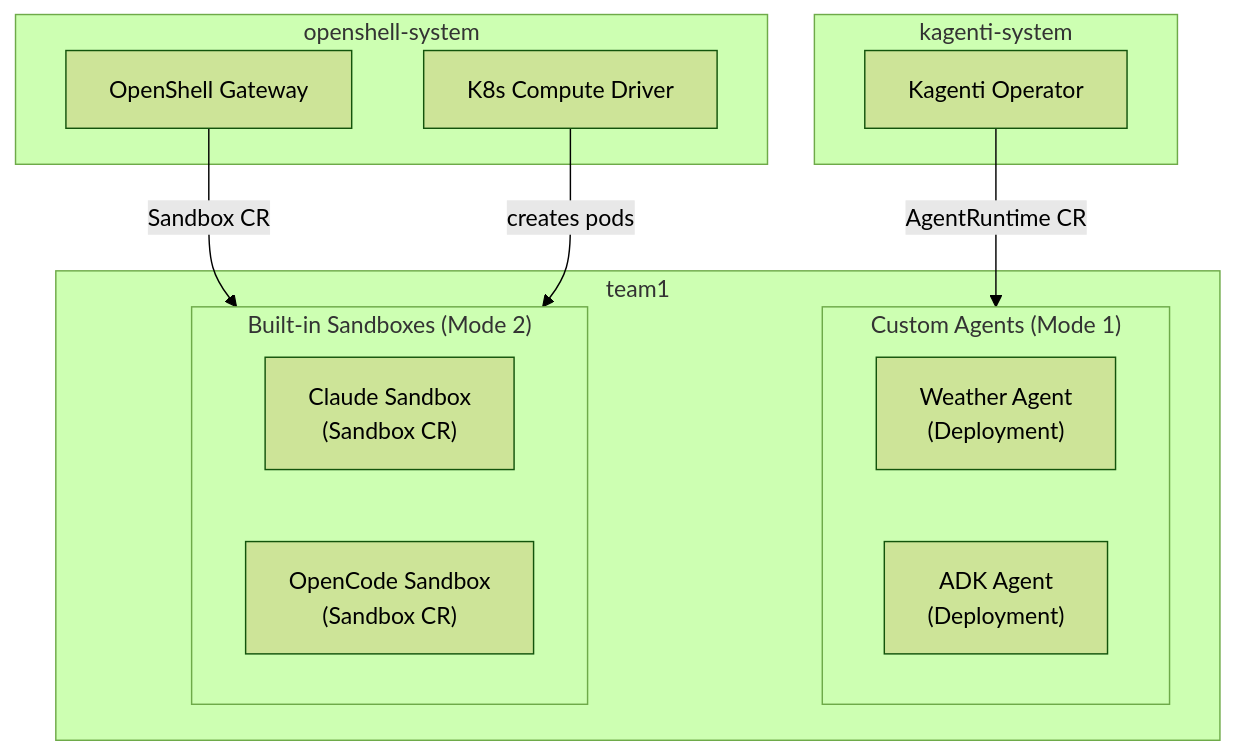
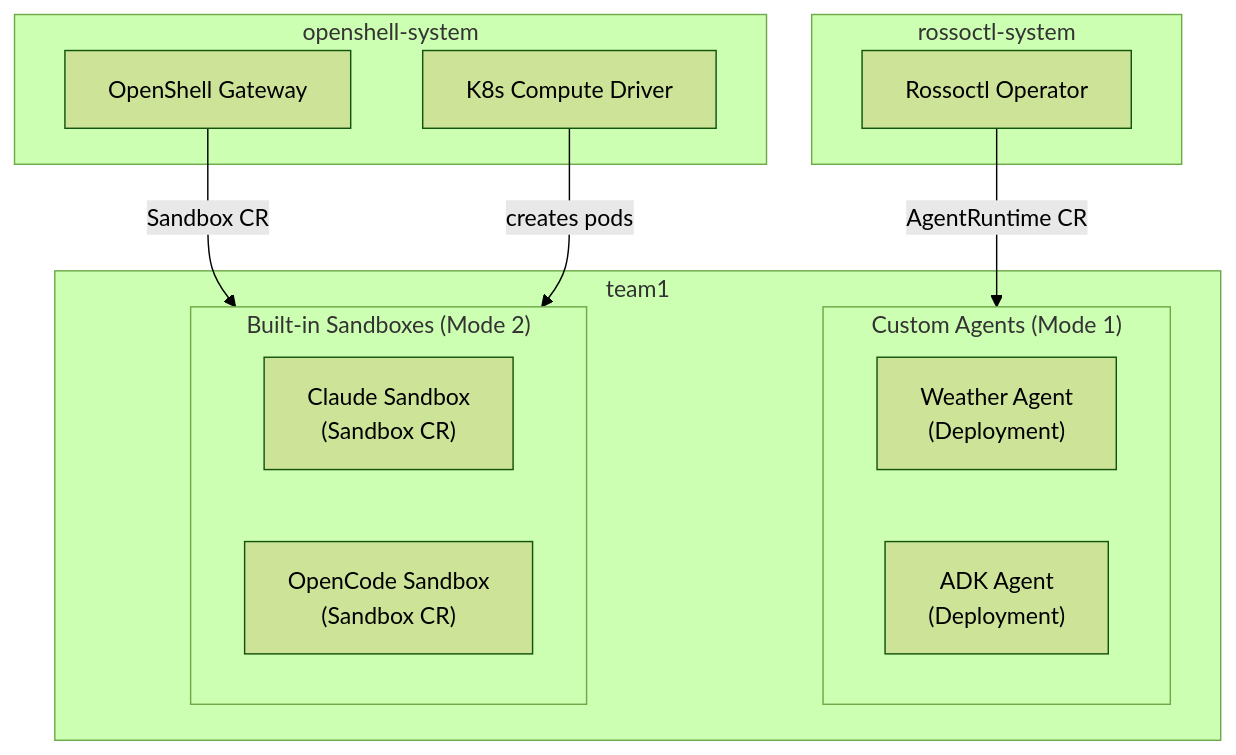
The fourth of 6 diagrams in docs/agentic-runtime/openshell-integration.md (kagenti/kagenti), drawn with Mermaid (forest theme) before and after one commit. The commit also changed other lines of this file and 1316 other files, not shown here.

First line of the commit message:
⚠️ Rename Kagenti → Rossoctl across the flagship repo (→ rossoctl)

````diff
--- a/docs/agentic-runtime/openshell-integration.md
+++ b/docs/agentic-runtime/openshell-integration.md
@@ -179,26 +179,26 @@
 ```mermaid
 graph TB
     subgraph openshell_ns2["openshell-system"]
         GW3["OpenShell Gateway"]
         KD3["K8s Compute Driver"]
     end
 
-    subgraph kagenti_ns2["kagenti-system"]
-        OP3["Kagenti Operator"]
+    subgraph rossoctl_ns2["rossoctl-system"]
+        OP3["Rossoctl Operator"]
     end
 
     subgraph agent_ns2["team1"]
         subgraph custom["Custom Agents (Mode 1)"]
             W["Weather Agent<br/>(Deployment)"]
             ADK3["ADK Agent<br/>(Deployment)"]
         end
         subgraph builtin["Built-in Sandboxes (Mode 2)"]
             CS["Claude Sandbox<br/>(Sandbox CR)"]
             OC["OpenCode Sandbox<br/>(Sandbox CR)"]
         end
     end
 
     OP3 -->|"AgentRuntime CR"| custom
     GW3 -->|"Sandbox CR"| builtin
     KD3 -->|"creates pods"| builtin
 ```
````
